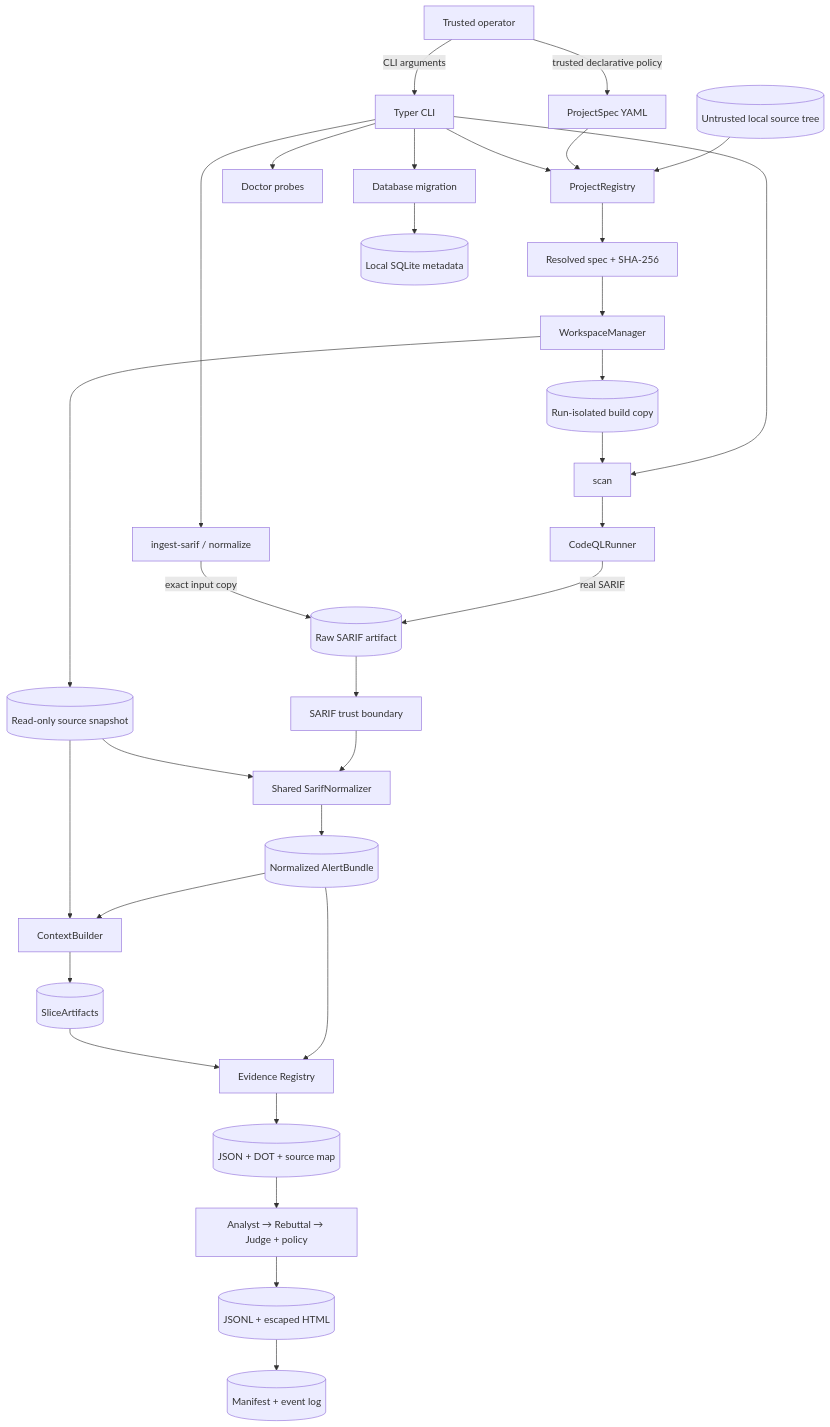
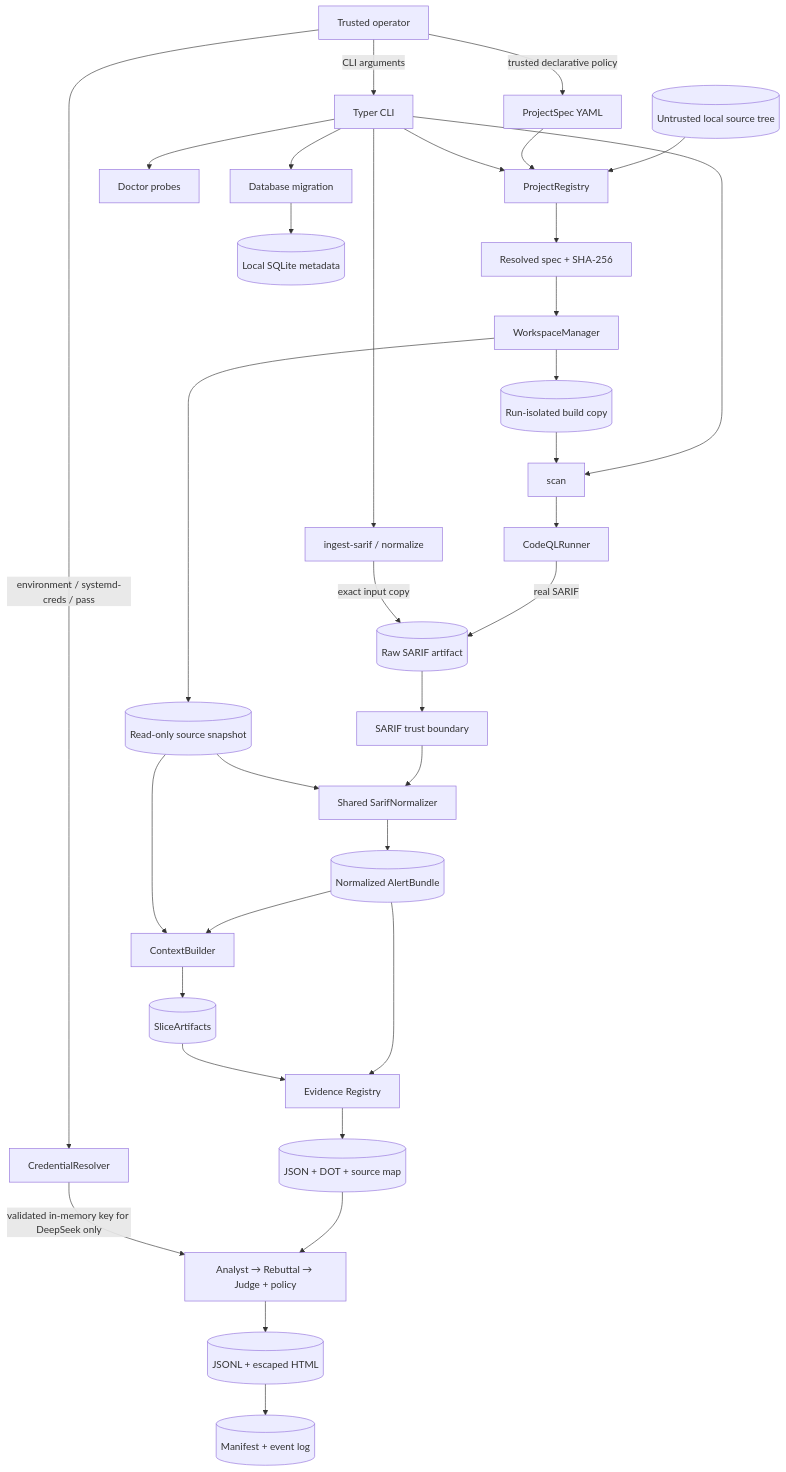
Before and after one commit to SeverusNg/EviTriage-QL: the diagram in docs/architecture.md, drawn with Mermaid. The commit also changed other lines of this file and 25 other files, not shown here.

````diff
--- a/docs/architecture.md
+++ b/docs/architecture.md
@@ -46,36 +46,38 @@
 ```mermaid
 flowchart TB
     O[Trusted operator] -->|CLI arguments| CLI[Typer CLI]
+    O -->|environment / systemd-creds / pass| CRED[CredentialResolver]
     O -->|trusted declarative policy| CFG[ProjectSpec YAML]
     SRC[(Untrusted local source tree)] --> REG[ProjectRegistry]
     CFG --> REG
     CLI --> REG
     REG --> RES[Resolved spec + SHA-256]
     RES --> WM[WorkspaceManager]
     WM --> SNAP[(Read-only source snapshot)]
     WM --> COPY[(Run-isolated build copy)]
 
     CLI --> ING[ingest-sarif / normalize]
     CLI --> SCAN[scan]
     COPY --> SCAN
     SCAN --> RUN[CodeQLRunner]
     RUN -->|real SARIF| RAW[(Raw SARIF artifact)]
     ING -->|exact input copy| RAW
     RAW --> PARSE[SARIF trust boundary]
     PARSE --> NORM[Shared SarifNormalizer]
     SNAP --> NORM
     NORM --> ALERT[(Normalized AlertBundle)]
     ALERT --> CTX[ContextBuilder]
     SNAP --> CTX
     CTX --> SLICE[(SliceArtifacts)]
     ALERT --> EVID[Evidence Registry]
     SLICE --> EVID
     EVID --> GRAPH[(JSON + DOT + source map)]
     GRAPH --> TRIAGE[Analyst → Rebuttal → Judge + policy]
+    CRED -->|validated in-memory key for DeepSeek only| TRIAGE
     TRIAGE --> REPORT[(JSONL + escaped HTML)]
     REPORT --> AUDIT[(Manifest + event log)]
 
     CLI --> DOC[Doctor probes]
     CLI --> DBM[Database migration]
     DBM --> DB[(Local SQLite metadata)]
 ```
````
